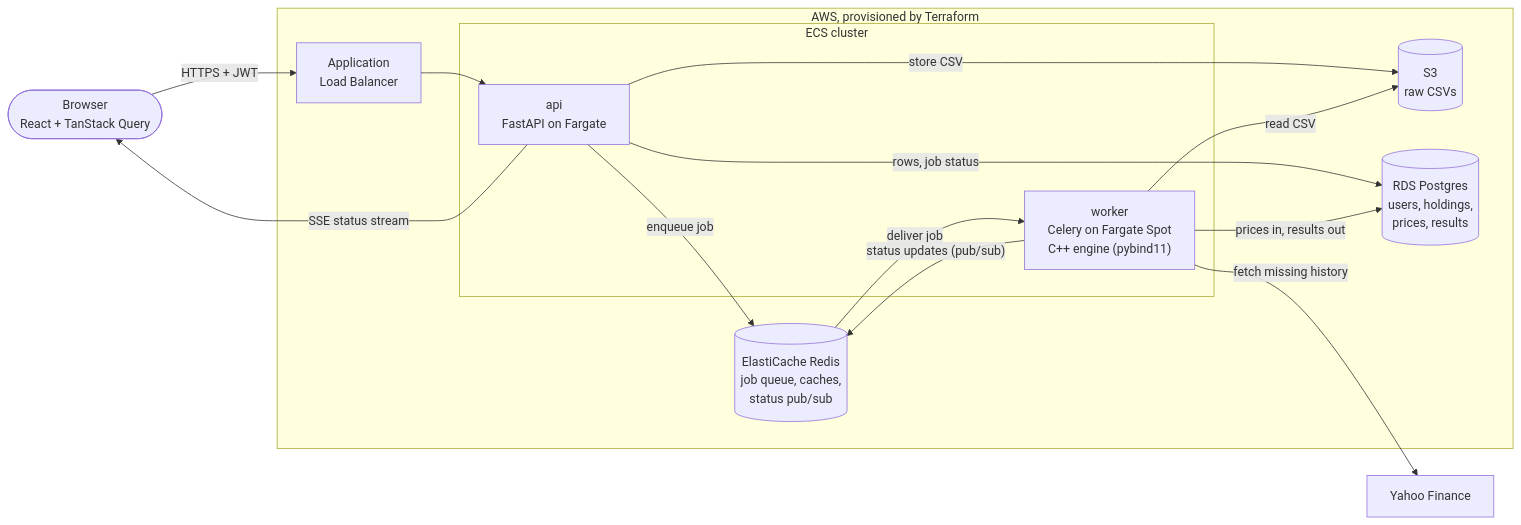
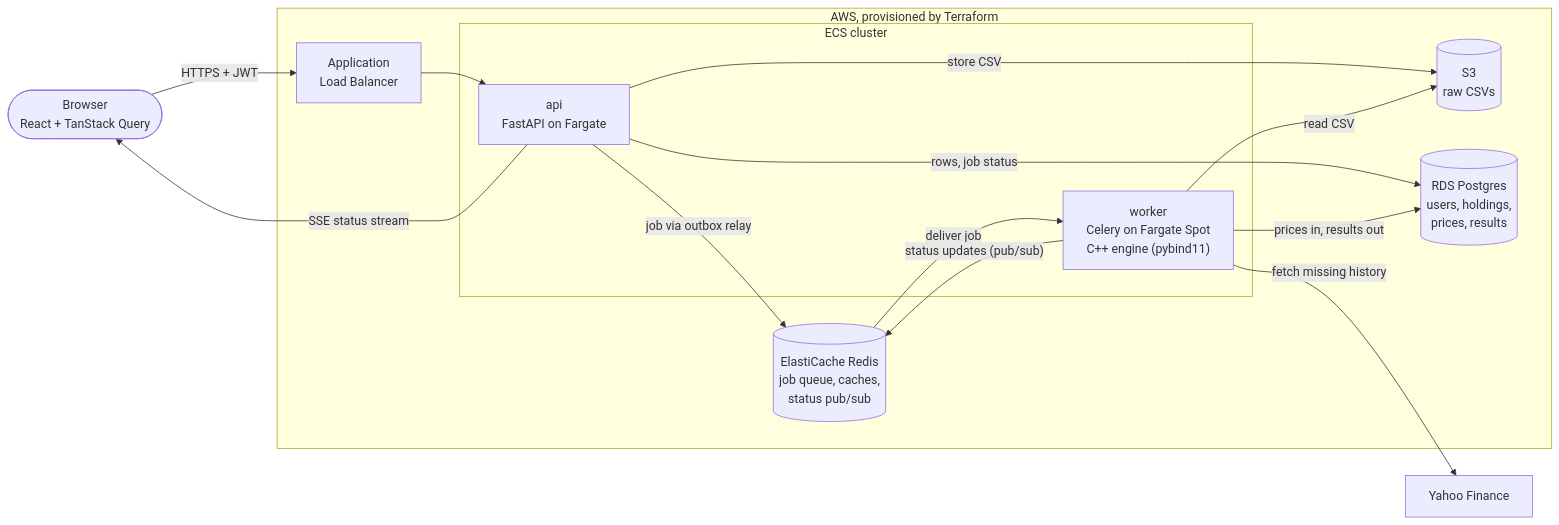
One commit to COPA100/Quantly changed the diagram in README.md. Above: the diagram before and after it, drawn with Mermaid. The commit also changed other lines of this file and 1 other file, not shown here.

````diff
--- a/README.md
+++ b/README.md
@@ -51,27 +51,27 @@
 ```mermaid
 flowchart LR
     browser(["Browser<br/>React + TanStack Query"])
     yahoo["Yahoo Finance"]
 
     subgraph aws ["AWS, provisioned by Terraform"]
         alb["Application<br/>Load Balancer"]
         subgraph ecs ["ECS cluster"]
             api["api<br/>FastAPI on Fargate"]
             worker["worker<br/>Celery on Fargate Spot<br/>C++ engine (pybind11)"]
         end
         s3[("S3<br/>raw CSVs")]
         rds[("RDS Postgres<br/>users, holdings,<br/>prices, results")]
         redis[("ElastiCache Redis<br/>job queue, caches,<br/>status pub/sub")]
     end
 
     browser -- "HTTPS + JWT" --> alb --> api
     api -- "store CSV" --> s3
     api -- "rows, job status" --> rds
-    api -- "enqueue job" --> redis
+    api -- "job via outbox relay" --> redis
     redis -- "deliver job" --> worker
     worker -- "status updates (pub/sub)" --> redis
     api -- "SSE status stream" --> browser
     worker -- "read CSV" --> s3
     worker -- "prices in, results out" --> rds
     worker -- "fetch missing history" --> yahoo
 ```
````
